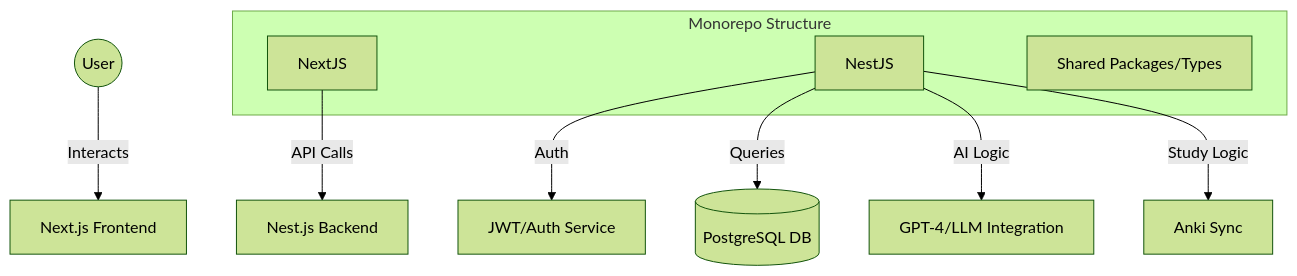
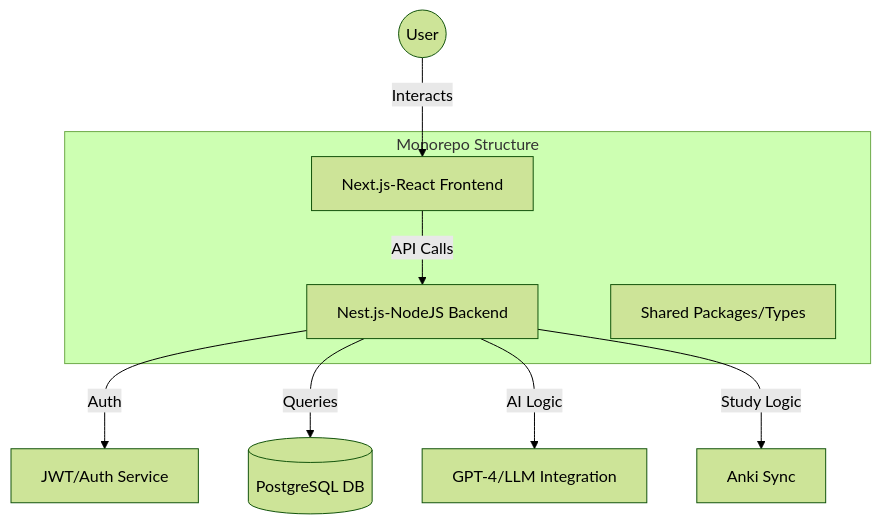
Before and after one commit to profalexandretolentino/LangForge: the diagram in README.md, drawn with Mermaid (forest theme).

````diff
--- a/README.md
+++ b/README.md
@@ -27,15 +27,15 @@
 ```mermaid
 graph TD
-    User((User)) -->|Interacts| NextJS-React[Next.js Frontend]
-    NextJS -->|API Calls| NestJS-NodeJS[Nest.js Backend]
+    User((User)) -->|Interacts| NextJS[Next.js-React Frontend]
+    NextJS -->|API Calls| NestJS[Nest.js-NodeJS Backend]
     NestJS -->|Auth| JWT[JWT/Auth Service]
     NestJS -->|Queries| Postgres[(PostgreSQL DB)]
     NestJS -->|AI Logic| OpenAI[GPT-4/LLM Integration]
     NestJS -->|Study Logic| Services[Anki Sync]
     
     subgraph "Monorepo Structure"
     NextJS
     NestJS
     Shared[Shared Packages/Types]
     end
 ```
````
